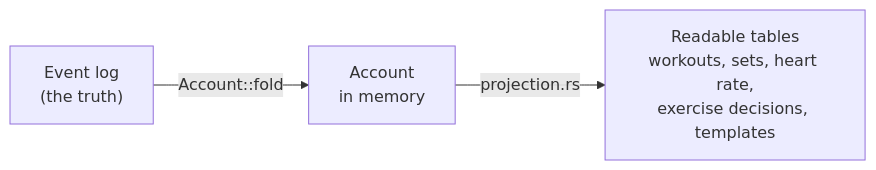
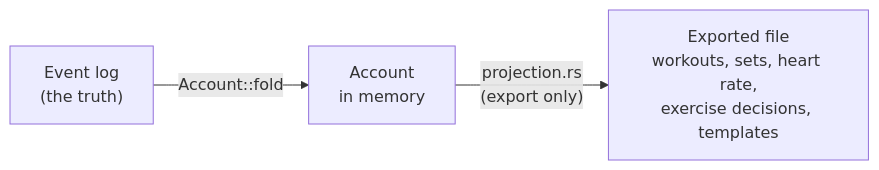
Before and after one commit to brensch/lift: the first of 3 diagrams in docs/architecture/data-model.md, drawn with Mermaid. The commit also changed other lines of this file and 32 other files, not shown here.

````diff
--- a/docs/architecture/data-model.md
+++ b/docs/architecture/data-model.md
@@ -9,5 +10,5 @@
 ```mermaid
 graph LR
     log["Event log<br/>(the truth)"] -->|"Account::fold"| acc["Account<br/>in memory"]
-    acc -->|"projection.rs"| tables["Readable tables<br/>workouts, sets, heart rate,<br/>exercise decisions, templates"]
+    acc -->|"projection.rs<br/>(export only)"| tables["Exported file<br/>workouts, sets, heart rate,<br/>exercise decisions, templates"]
 ```
````
